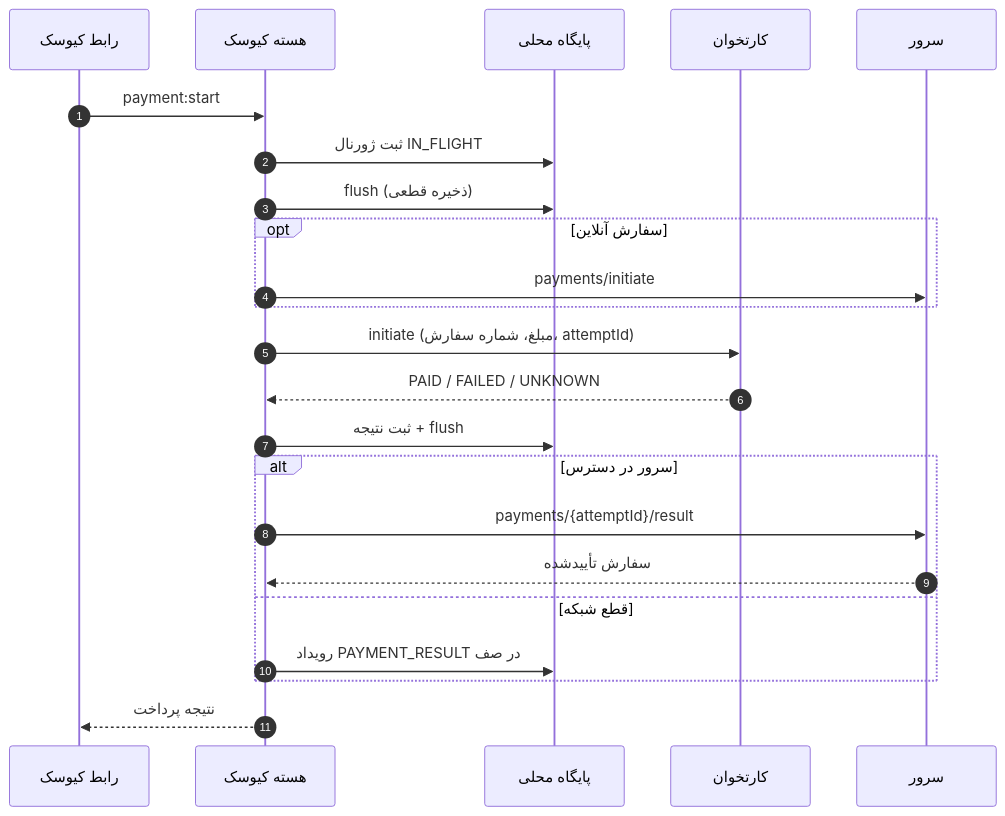
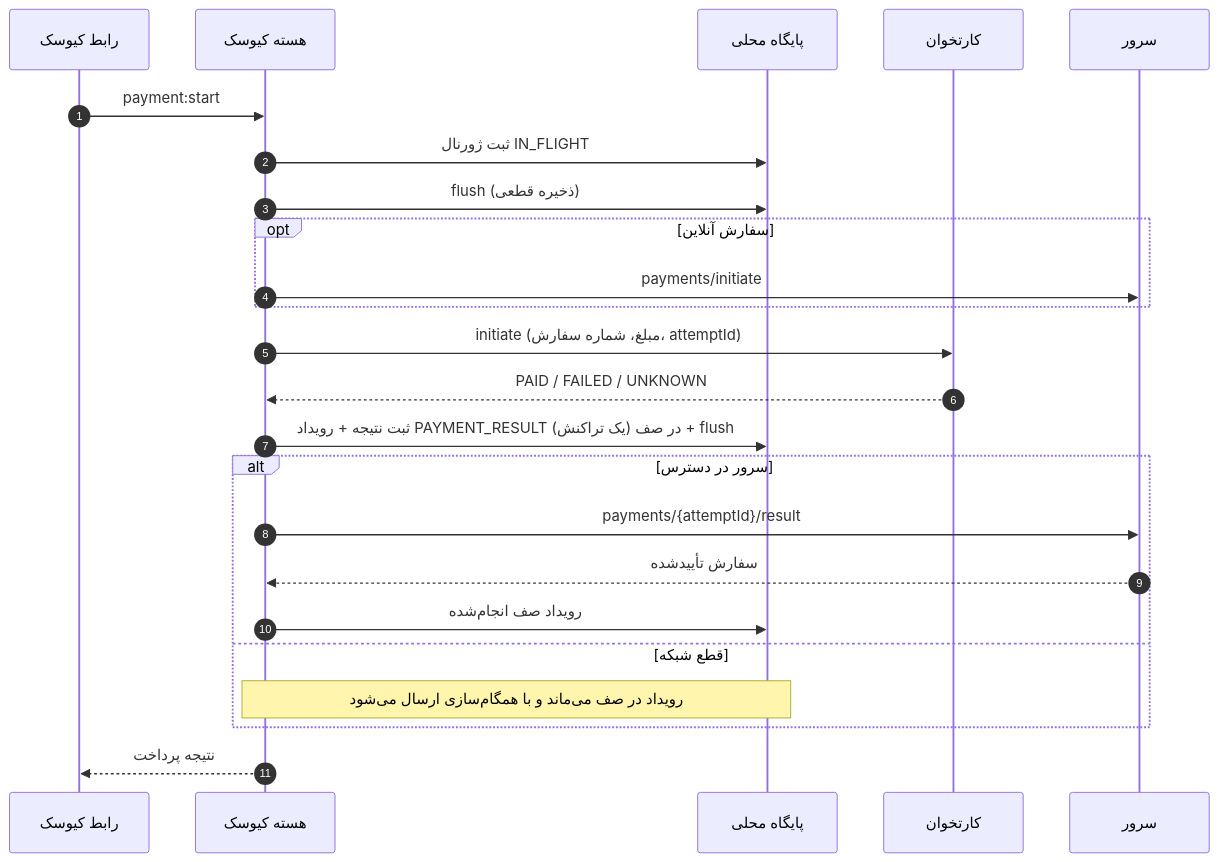
The fourth of 10 diagrams in README.md (daneshavaran123-lab/andishkadeh), drawn with Mermaid before and after one commit. The commit also changed other lines of this file and 53 other files, not shown here.

````diff
--- a/README.md
+++ b/README.md
@@ -146,25 +146,26 @@
 ```mermaid
 sequenceDiagram
   autonumber
   participant UI as رابط کیوسک
   participant C as هسته کیوسک
   participant DB as پایگاه محلی
   participant P as کارتخوان
   participant S as سرور
   UI->>C: payment:start
   C->>DB: ثبت ژورنال IN_FLIGHT
   C->>DB: flush (ذخیره قطعی)
   opt سفارش آنلاین
     C->>S: payments/initiate
   end
   C->>P: initiate (مبلغ، شماره سفارش، attemptId)
   P-->>C: PAID / FAILED / UNKNOWN
-  C->>DB: ثبت نتیجه + flush
+  C->>DB: ثبت نتیجه + رویداد PAYMENT_RESULT در صف (یک تراکنش) + flush
   alt سرور در دسترس
     C->>S: payments/{attemptId}/result
     S-->>C: سفارش تأییدشده
+    C->>DB: رویداد صف انجام‌شده
   else قطع شبکه
-    C->>DB: رویداد PAYMENT_RESULT در صف
+    Note over C,DB: رویداد در صف می‌ماند و با همگام‌سازی ارسال می‌شود
   end
   C-->>UI: نتیجه پرداخت
 ```
````
